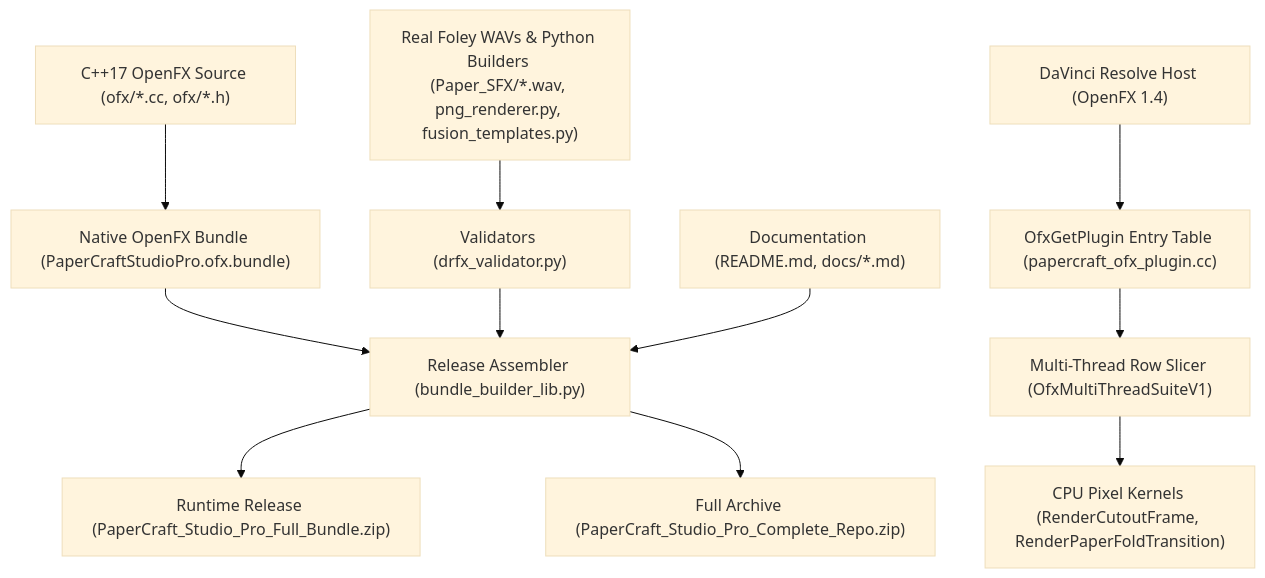
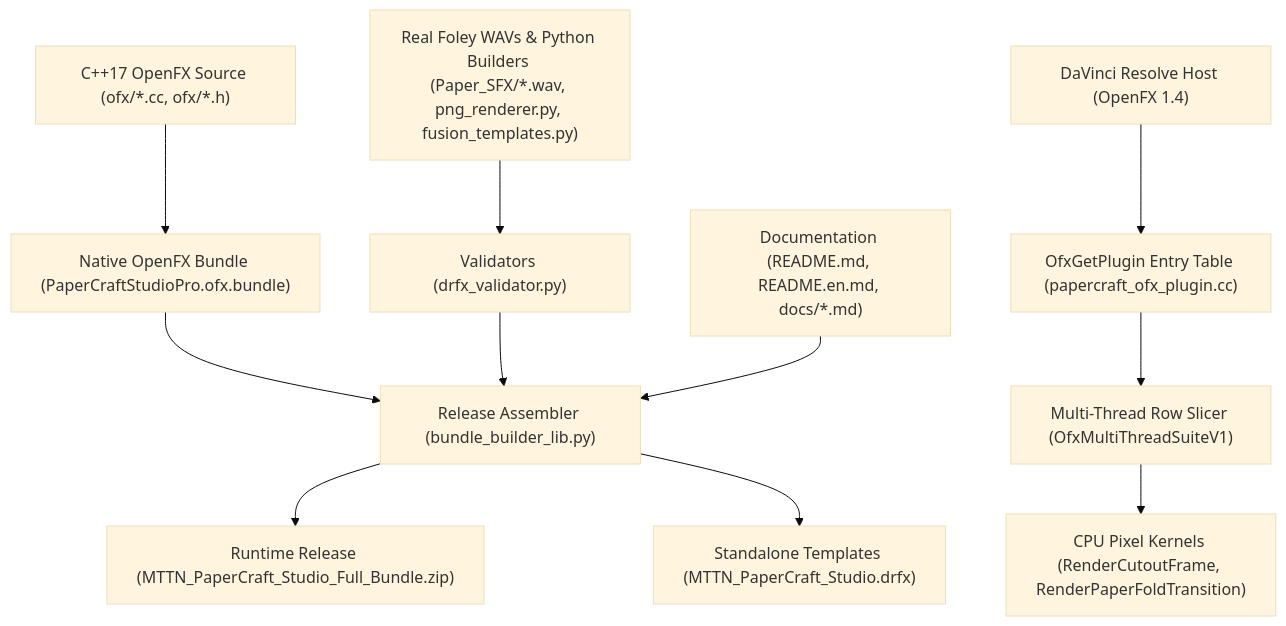
Before and after one commit to la-matatena/mttn-papercraft-studio: the first of 3 diagrams in docs/design_doc.md, drawn with Mermaid (base theme). The commit also changed other lines of this file and 12 other files, not shown here.

Commit message:
fix(bundle,docs): unify MTTN .drfx/.zip names and align v3.1 docs & site

````diff
--- a/docs/design_doc.md
+++ b/docs/design_doc.md
@@ -58,14 +28,14 @@
 ```mermaid
 flowchart TD
   S["C++17 OpenFX Source (ofx/*.cc, ofx/*.h)"] --> B["Native OpenFX Bundle (PaperCraftStudioPro.ofx.bundle)"]
   P["Real Foley WAVs & Python Builders (Paper_SFX/*.wav, png_renderer.py, fusion_templates.py)"] --> V["Validators (drfx_validator.py)"]
   B --> R["Release Assembler (bundle_builder_lib.py)"]
   V --> R
-  D["Documentation (README.md, docs/*.md)"] --> R
-  R --> Z1["Runtime Release (PaperCraft_Studio_Pro_Full_Bundle.zip)"]
-  R --> Z2["Full Archive (PaperCraft_Studio_Pro_Complete_Repo.zip)"]
+  D["Documentation (README.md, README.en.md, docs/*.md)"] --> R
+  R --> Z1["Runtime Release (MTTN_PaperCraft_Studio_Full_Bundle.zip)"]
+  R --> Z2["Standalone Templates (MTTN_PaperCraft_Studio.drfx)"]
 
   H["DaVinci Resolve Host (OpenFX 1.4)"] --> E["OfxGetPlugin Entry Table (papercraft_ofx_plugin.cc)"]
   E --> T["Multi-Thread Row Slicer (OfxMultiThreadSuiteV1)"]
   T --> K["CPU Pixel Kernels (RenderCutoutFrame, RenderPaperFoldTransition)"]
 ```
````
